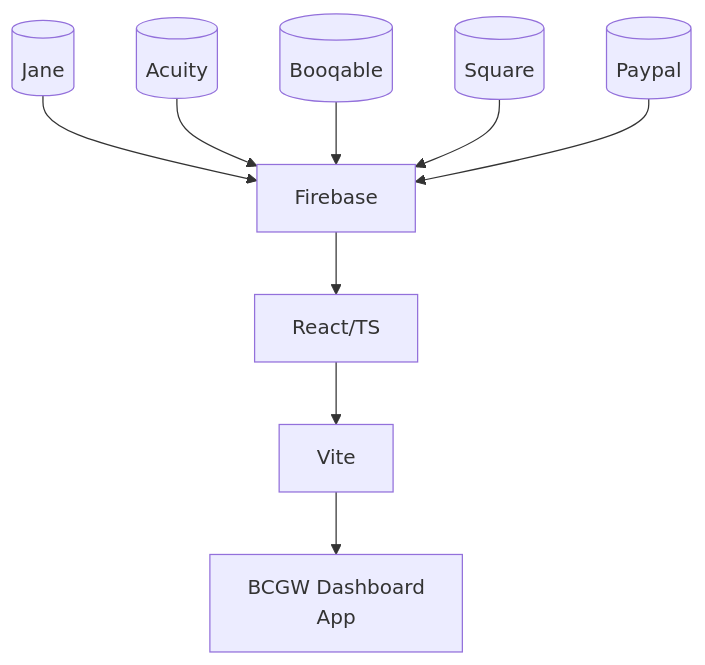
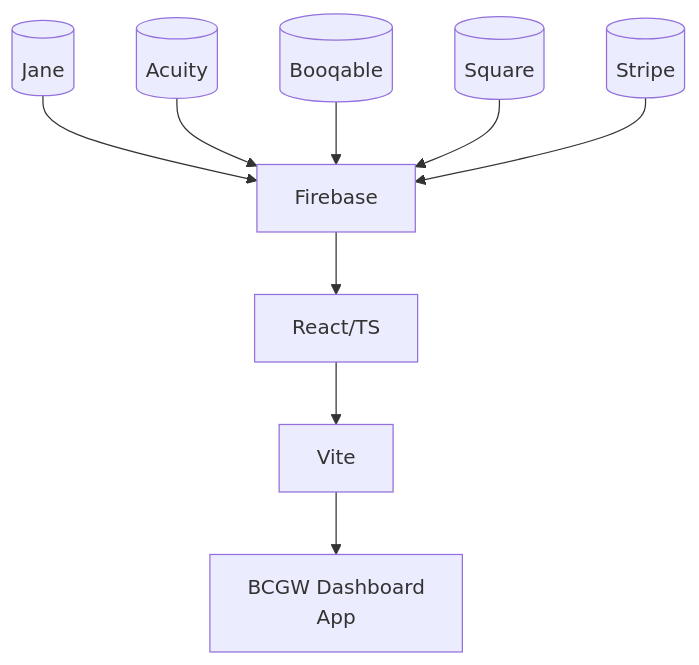
Before and after one commit to Hack4Impact-UMD/breastfeeding-center-gw: the diagram in README.md, drawn with Mermaid. The commit also changed other lines of this file, not shown here.

````diff
--- a/README.md
+++ b/README.md
@@ -43,13 +42,13 @@
 ```mermaid
     flowchart TD
         mc[(Jane)] --> back
         ac[(Acuity)] --> back
         ps[(Booqable)] --> back
         sq[(Square)] --> back
-        pp[(Paypal)] --> back
+        pp[(Stripe)] --> back
         back[Firebase] --> front
         front[React/TS] --> build
         build[Vite] --> app
         app[BCGW Dashboard
         App]
 ```
````
